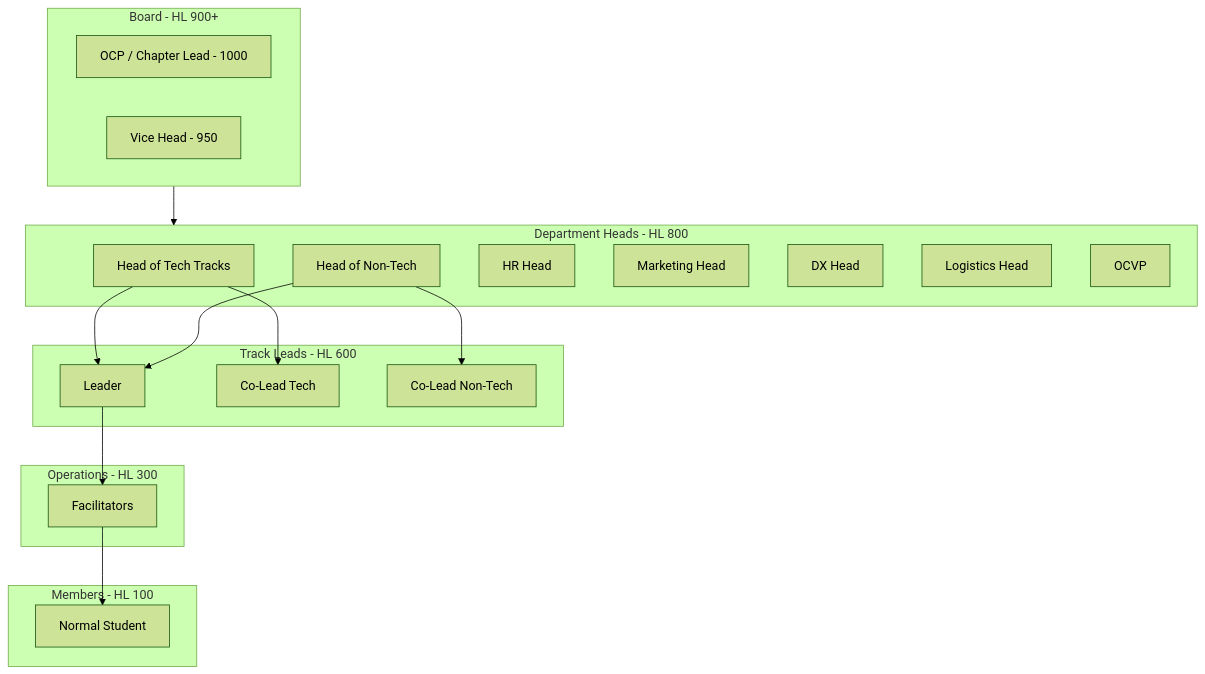
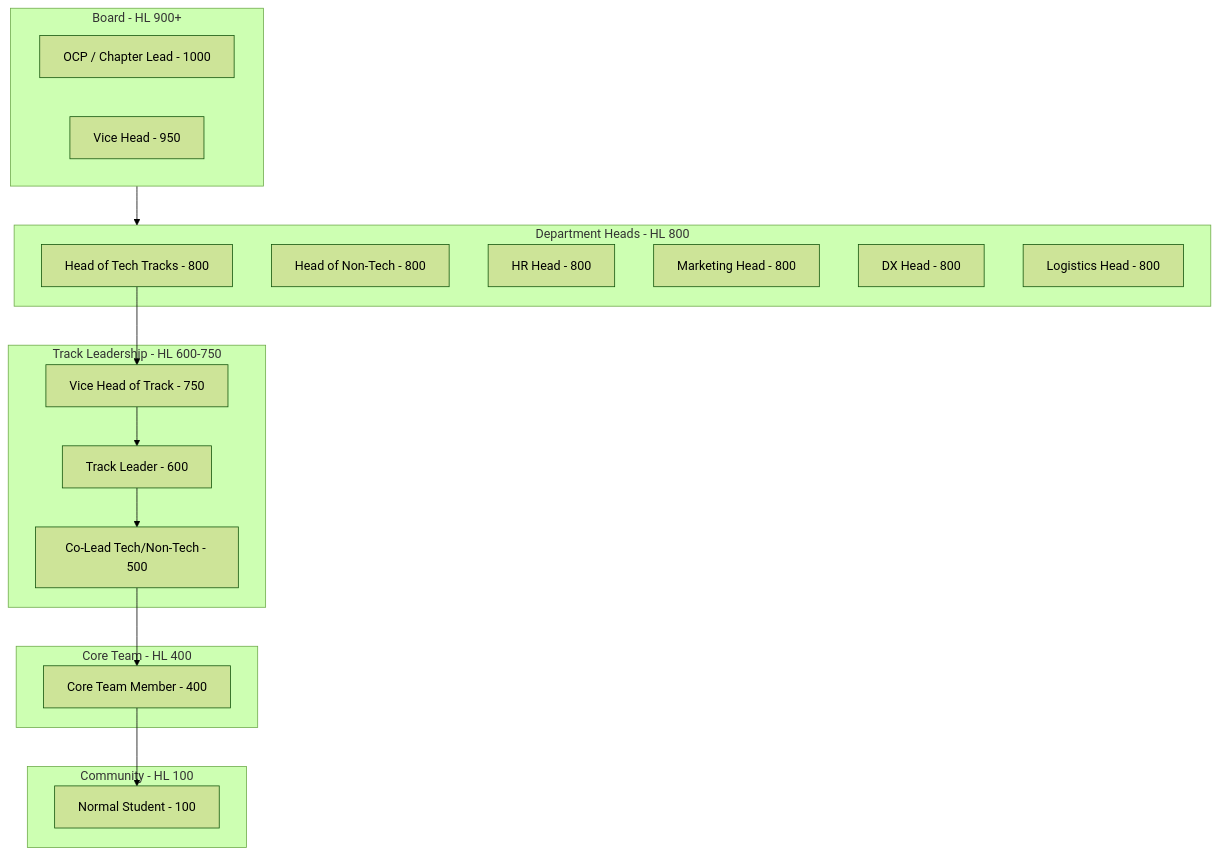
Before and after one commit to MostafaSensei106/GDGoC-Benha-System: the diagram in docs/roles/permissions.md, drawn with Mermaid (forest theme). The commit also changed other lines of this file and 4 other files, not shown here.

````diff
--- a/docs/roles/permissions.md
+++ b/docs/roles/permissions.md
@@ -9,40 +9,38 @@
 ```mermaid
 graph TD
-    subgraph BOARD_ROOM [Board - HL 900+]
+    subgraph BOARD_LEVEL [Board - HL 900+]
         OCP[OCP / Chapter Lead - 1000]
         VH[Vice Head - 950]
     end
 
-    subgraph DEPT_HEADS [Department Heads - HL 800]
-        HT[Head of Tech Tracks]
-        HNT[Head of Non-Tech]
-        HRH[HR Head]
-        MKH[Marketing Head]
-        DXX[DX Head]
-        LOG[Logistics Head]
-        OCVP[OCVP]
+    subgraph DEPT_LEVEL [Department Heads - HL 800]
+        HT[Head of Tech Tracks - 800]
+        HNT[Head of Non-Tech - 800]
+        HRH[HR Head - 800]
+        MKH[Marketing Head - 800]
+        DXX[DX Head - 800]
+        LOG[Logistics Head - 800]
     end
 
-    subgraph TRACK_LEADS [Track Leads - HL 600]
-        TL[Leader]
-        TCL[Co-Lead Tech]
-        NTCL[Co-Lead Non-Tech]
+    subgraph TRACK_LEVEL [Track Leadership - HL 600-750]
+        VHT[Vice Head of Track - 750]
+        TL[Track Leader - 600]
+        TCL[Co-Lead Tech/Non-Tech - 500]
     end
 
-    subgraph OPERATIONS [Operations - HL 300]
-        FAC[Facilitators]
+    subgraph CORE_TEAM_LEVEL [Core Team - HL 400]
+        CTM[Core Team Member - 400]
     end
 
-    subgraph MEMBERS [Members - HL 100]
-        STUD[Normal Student]
+    subgraph MEMBER_LEVEL [Community - HL 100]
+        STUD[Normal Student - 100]
     end
 
     %% Hierarchy
-    BOARD_ROOM --> DEPT_HEADS
-    HT --> TL
-    HT --> TCL
-    HNT --> TL
-    HNT --> NTCL
-    TL --> FAC
-    FAC --> STUD
+    BOARD_LEVEL --> DEPT_LEVEL
+    HT --> VHT
+    VHT --> TL
+    TL --> TCL
+    TCL --> CTM
+    CTM --> STUD
 ```
````
